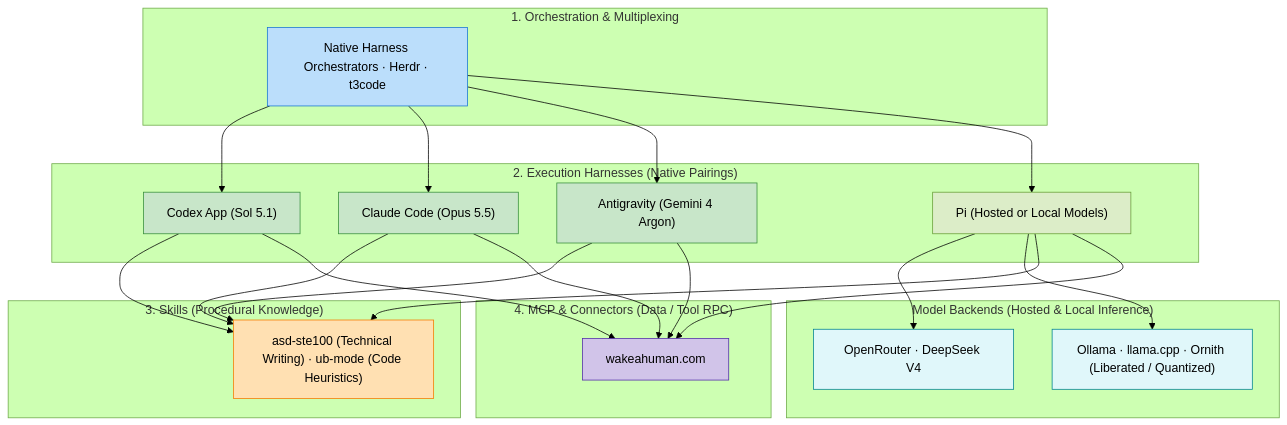
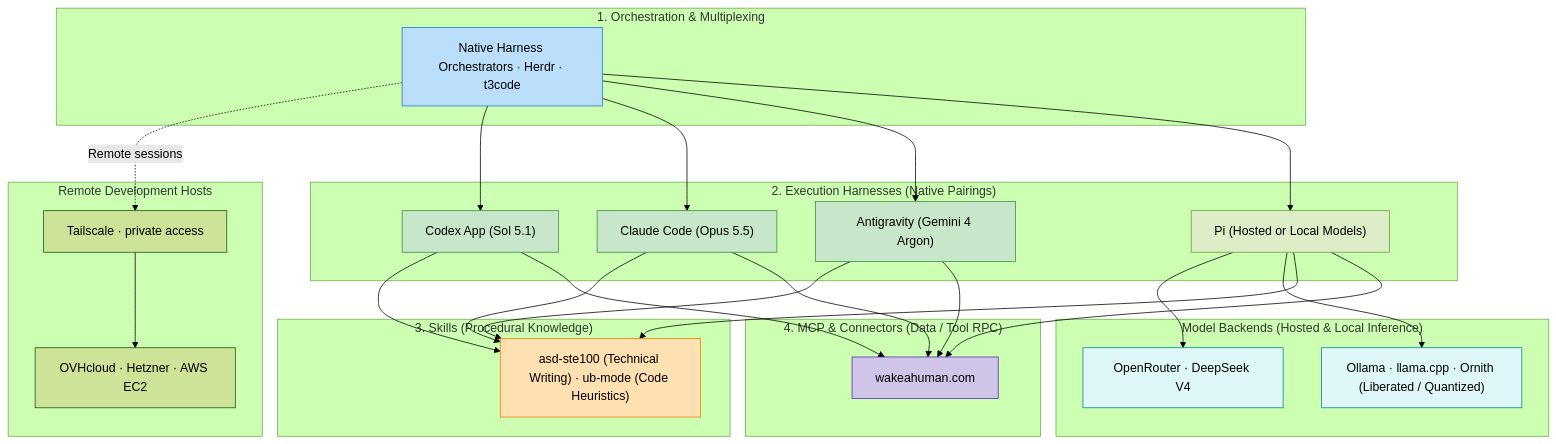
The first of 2 diagrams in content/generative-ai/1-intro/1_genai_environment.md (gel/gel.github.io), drawn with Mermaid (forest theme) before and after one commit. The commit also changed other lines of this file, not shown here.

Commit message:
Restore Tailscale and show remote development hosts in stack

````diff
--- a/content/generative-ai/1-intro/1_genai_environment.md
+++ b/content/generative-ai/1-intro/1_genai_environment.md
@@ -13,41 +15,48 @@
 ```mermaid
 flowchart TD
     subgraph Layer1["1. Orchestration & Multiplexing"]
         Orch["Native Harness Orchestrators · Herdr · t3code"]
     end
 
     subgraph Layer2["2. Execution Harnesses (Native Pairings)"]
         H_OpenAI["Codex App (Sol 5.1)"]
         H_Anthropic["Claude Code (Opus 5.5)"]
         H_Google["Antigravity (Gemini 4 Argon)"]
         H_Pi["Pi (Hosted or Local Models)"]
     end
 
     subgraph Layer3["3. Skills (Procedural Knowledge)"]
         Skills["asd-ste100 (Technical Writing) · ub-mode (Code Heuristics)"]
     end
 
     subgraph Layer4["4. MCP & Connectors (Data / Tool RPC)"]
         MCP["wakeahuman.com"]
     end
 
     subgraph Backends["Model Backends (Hosted & Local Inference)"]
         Hosted["OpenRouter · DeepSeek V4"]
         Local["Ollama · llama.cpp · Ornith (Liberated / Quantized)"]
     end
     H_Pi --> Hosted & Local
 
+    subgraph Remote["Remote Development Hosts"]
+        Tailnet["Tailscale · private access"]
+        Machines["OVHcloud · Hetzner · AWS EC2"]
+        Tailnet --> Machines
+    end
+    Orch -.->|Remote sessions| Tailnet
+
     Orch --> H_OpenAI & H_Anthropic & H_Google & H_Pi
     H_OpenAI & H_Anthropic & H_Google & H_Pi --> Skills
     H_OpenAI & H_Anthropic & H_Google & H_Pi --> MCP
 
     style Orch fill:#bbdefb,stroke:#1976d2,color:#000
     style H_OpenAI fill:#c8e6c9,stroke:#388e3c,color:#000
     style H_Google fill:#c8e6c9,stroke:#388e3c,color:#000
     style H_Pi fill:#dcedc8,stroke:#689f38,color:#000
     style H_Anthropic fill:#c8e6c9,stroke:#388e3c,color:#000
     style Hosted fill:#e0f7fa,stroke:#00838f,color:#000
     style Local fill:#e0f7fa,stroke:#00838f,color:#000
     style Skills fill:#ffe0b2,stroke:#f57c00,color:#000
     style MCP fill:#d1c4e9,stroke:#512da8,color:#000
 ```
````
